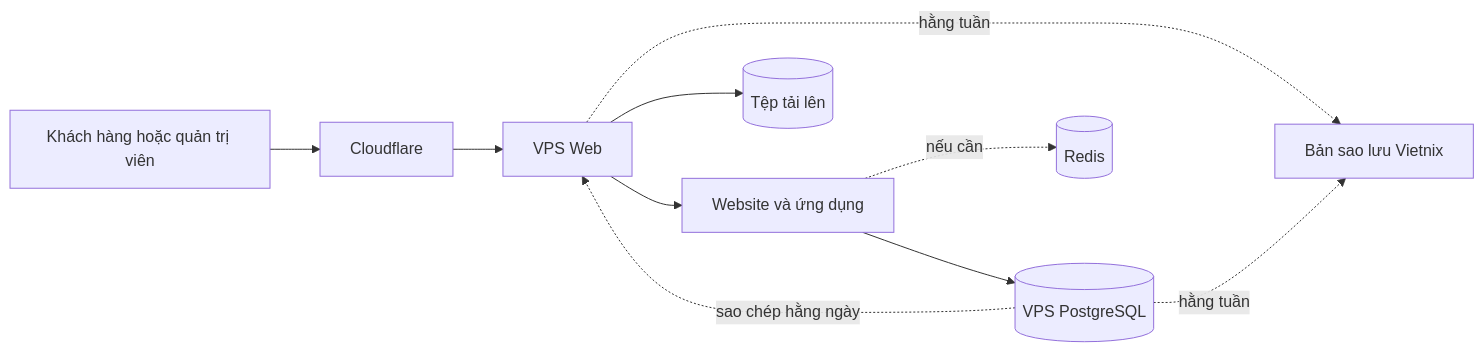
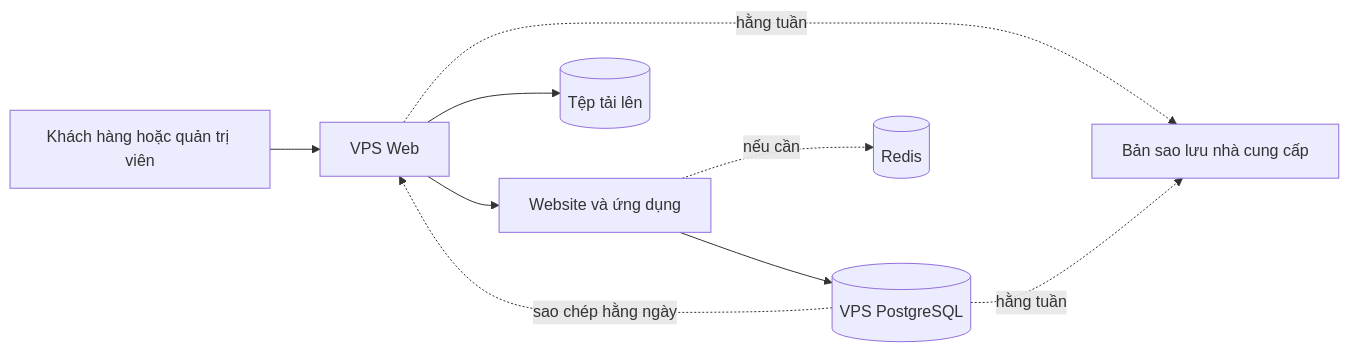
The diagram in deployments/option-2-two-servers/architecture.md (LeeTun2k2/insumart-docs), drawn with Mermaid before and after one commit. The commit also changed other lines of this file and 6 other files, not shown here.

````diff
--- a/deployments/option-2-two-servers/architecture.md
+++ b/deployments/option-2-two-servers/architecture.md
@@ -16,12 +16,11 @@
 ```mermaid
 flowchart LR
-    NguoiDung[Khách hàng hoặc quản trị viên] --> CF[Cloudflare]
-    CF --> WebVPS[VPS Web]
+    NguoiDung[Khách hàng hoặc quản trị viên] --> WebVPS[VPS Web]
     WebVPS --> UngDung[Website và ứng dụng]
     UngDung --> DBVPS[(VPS PostgreSQL)]
     WebVPS --> Tep[(Tệp tải lên)]
     UngDung -. nếu cần .-> Redis[(Redis)]
     DBVPS -. sao chép hằng ngày .-> WebVPS
-    WebVPS -. hằng tuần .-> SaoLuu[Bản sao lưu Vietnix]
+    WebVPS -. hằng tuần .-> SaoLuu[Bản sao lưu nhà cung cấp]
     DBVPS -. hằng tuần .-> SaoLuu
 ```
````
